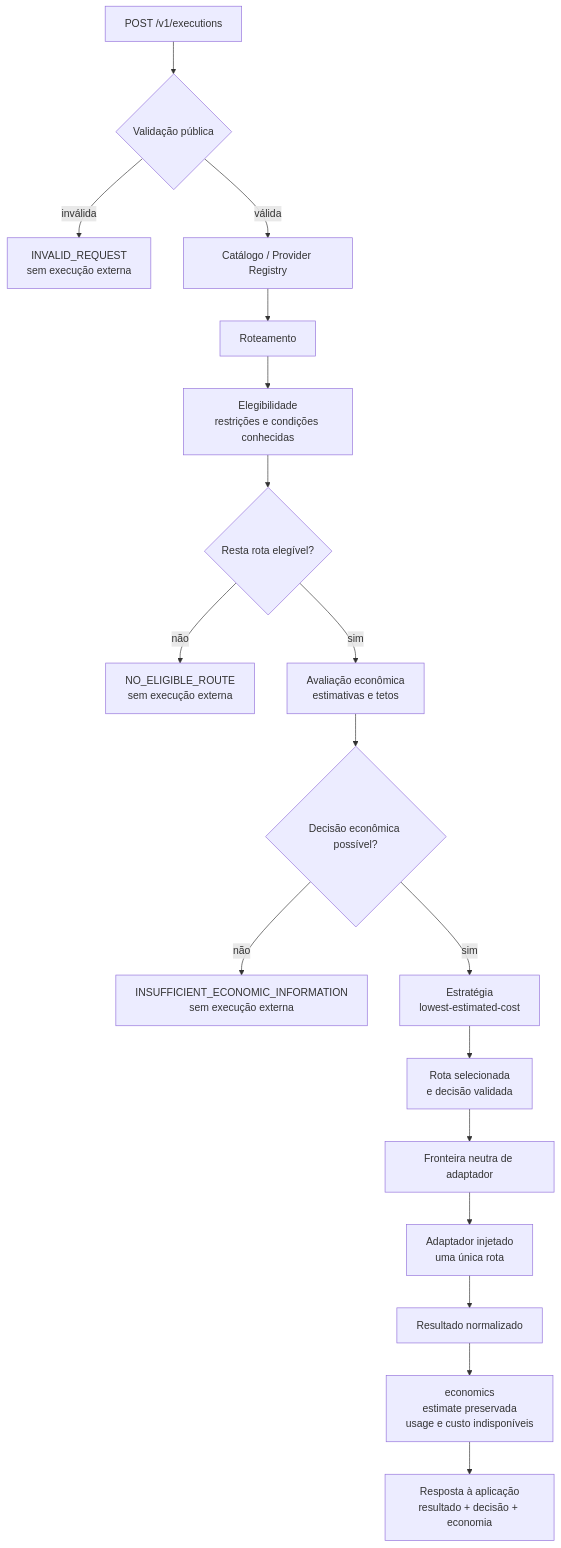
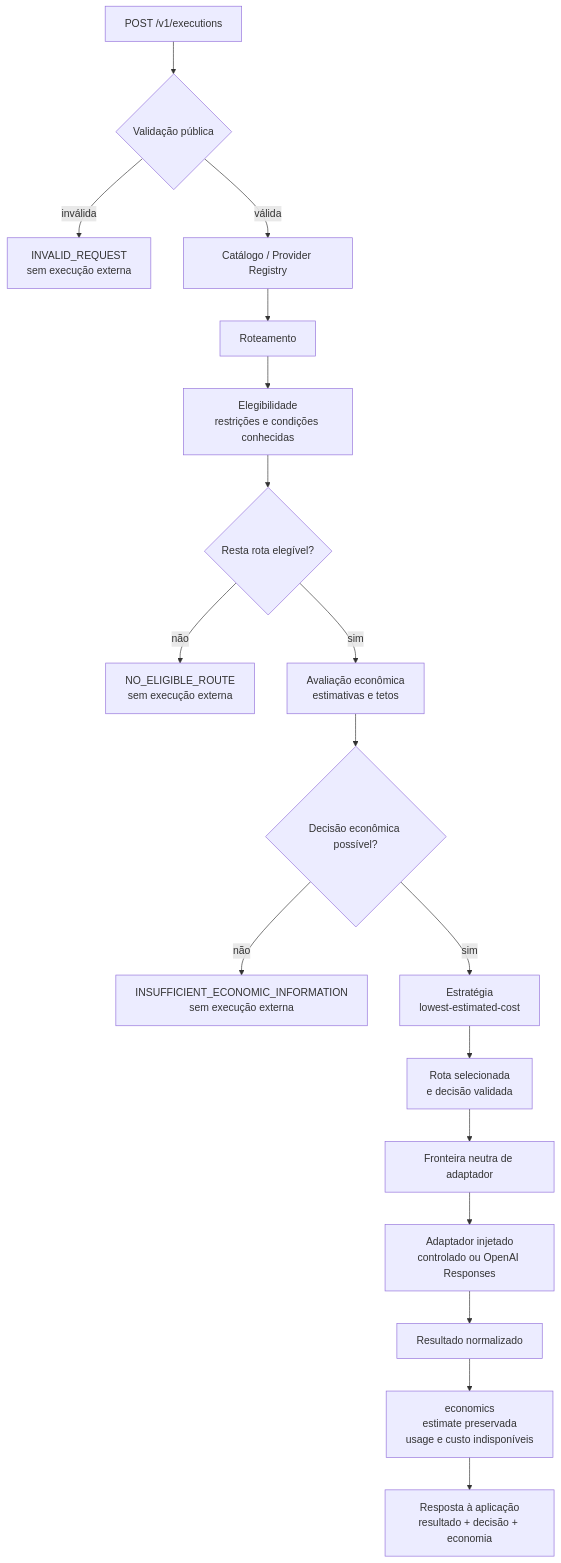
The diagram in docs/maps/SYSTEM-MAP.md (hallanbrito/maestro-router), drawn with Mermaid before and after one commit. The commit also changed other lines of this file and 7 other files, not shown here.

Commit message:
feat(adapters): add OpenAI Responses integration

````diff
--- a/docs/maps/SYSTEM-MAP.md
+++ b/docs/maps/SYSTEM-MAP.md
@@ -5,20 +5,20 @@
 ```mermaid
 flowchart TD
     A["POST /v1/executions"] --> B{"Validação pública"}
     B -->|inválida| X["INVALID_REQUEST<br/>sem execução externa"]
     B -->|válida| C["Catálogo / Provider Registry"]
     C --> D["Roteamento"]
     D --> E["Elegibilidade<br/>restrições e condições conhecidas"]
     E --> F{"Resta rota elegível?"}
     F -->|não| R1["NO_ELIGIBLE_ROUTE<br/>sem execução externa"]
     F -->|sim| G["Avaliação econômica<br/>estimativas e tetos"]
     G --> H{"Decisão econômica possível?"}
     H -->|não| R2["INSUFFICIENT_ECONOMIC_INFORMATION<br/>sem execução externa"]
     H -->|sim| I["Estratégia<br/>lowest-estimated-cost"]
     I --> J["Rota selecionada<br/>e decisão validada"]
     J --> K["Fronteira neutra de adaptador"]
-    K --> L["Adaptador injetado<br/>uma única rota"]
+    K --> L["Adaptador injetado<br/>controlado ou OpenAI Responses"]
     L --> M["Resultado normalizado"]
     M --> N["economics<br/>estimate preservada<br/>usage e custo indisponíveis"]
     N --> O["Resposta à aplicação<br/>resultado + decisão + economia"]
 ```
````
